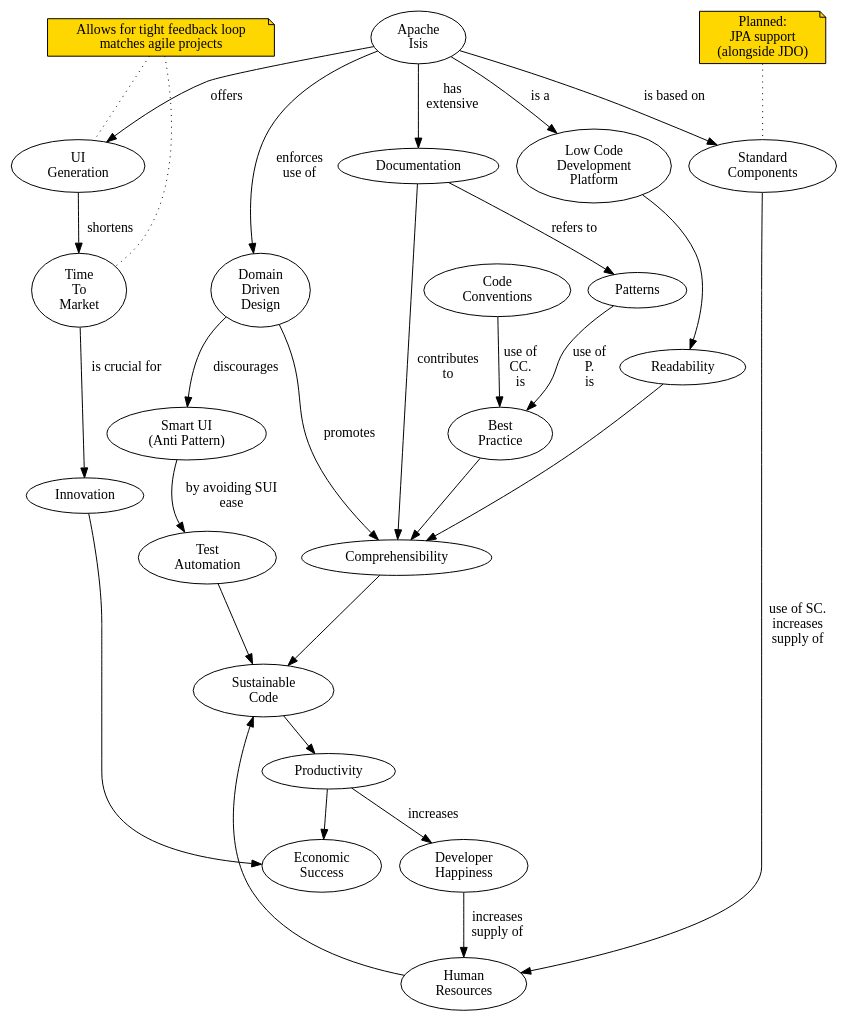
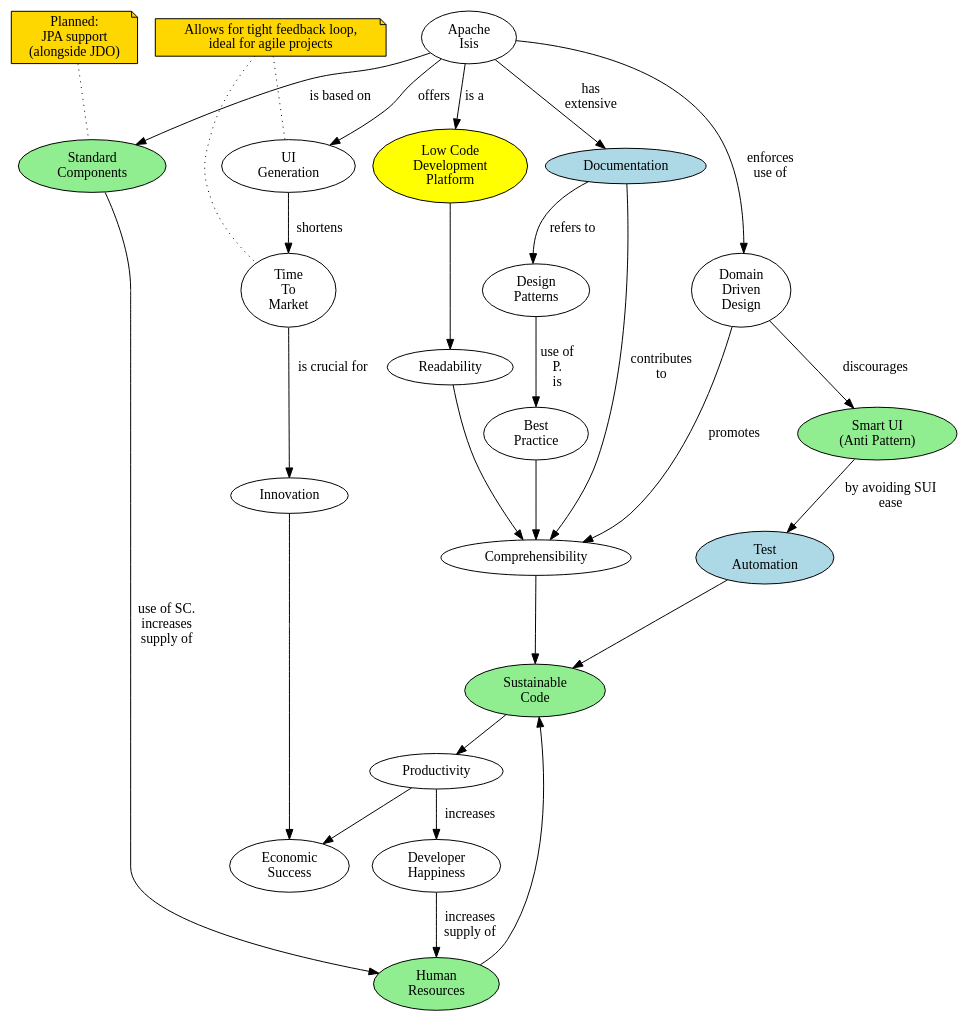
The diagram in sellingPoints.adoc (joerg-rade/dddsample-isis), drawn with Graphviz before and after one commit. The commit also changed 2 other files, not shown here.

Commit message:
now even in color

```diff
--- a/sellingPoints.adoc
+++ b/sellingPoints.adoc
@@ -2,57 +2,58 @@
 [graphviz, dot-example, svg]
 ----
 digraph g {
     r [label="Readability"]
     c [label="Comprehensibility"]
     bp [label="Best\nPractice"]
-    p [label="Patterns"]
+    p [label="Design\nPatterns"]
     p -> bp [label="use of\nP.\nis"]
-    cc [label="Code\nConventions"]
-    cc -> bp [label="use of\nCC.\nis"]
+    //cc [label="Code\nConventions"]
+    //cc -> bp [label="use of\nCC.\nis"] 
     bp -> c 
     r -> c 
-    sc [label="Sustainable\nCode"]
+    sc [label="Sustainable\nCode" style=filled fillcolor=lightgreen]
     c -> sc
-    lc [label="Low Code\nDevelopment\nPlatform"    URL="https://en.wikipedia.org/wiki/Low-code_development_platforms"]
+    lc [label="Low Code\nDevelopment\nPlatform"    URL="https://en.wikipedia.org/wiki/Low-code_development_platforms" fillcolor=yellow style=filled]
     lc -> r
     ttm [label="Time\nTo\nMarket"]
     pdc [label="Productivity"]
     uig [label="UI\nGeneration"]
     sc -> pdc 
     ai [label="Apache\nIsis"]
     ai -> lc [label="is a"]
     ai -> uig [label="offers"]
-    hr [label="Human\nResources"]
+    hr [label="Human\nResources" style=filled fillcolor=lightgreen]
     hr -> sc
     uig -> ttm [label="shortens"]
     ddd [label="Domain\nDriven\nDesign"]
     ai -> ddd [label="enforces\nuse of"]
     ddd -> c [label="promotes"]
     i [label="Innovation"]
     ttm -> i [label="is crucial for"]
     es [label="Economic\nSuccess"]
     i -> es [label=""]
     pdc -> es
-    std [label="Standard\nComponents"]
+    std [label="Standard\nComponents" style=filled fillcolor=lightgreen]
     ai -> std [label="is based on"]
     std -> hr [label="use of SC.\nincreases\nsupply of"]
     dh [label="Developer\nHappiness"]
     pdc -> dh [label="increases"]
     dh -> hr [label="increases\nsupply of"]
-    sui [label="Smart UI\n(Anti Pattern)" URL="https://de.wikipedia.org/wiki/Smart_UI"]
+    sui [label="Smart UI\n(Anti Pattern)" URL="https://de.wikipedia.org/wiki/Smart_UI" style=filled fillcolor=lightgreen]
+    
     ddd -> sui [label="discourages"]
-    ta [label="Test\nAutomation"]
+    ta [label="Test\nAutomation" style=filled fillcolor=lightblue]
     sui -> ta [label="by avoiding SUI\nease"]
     ta -> sc 
-    doc [label="Documentation"]
+    doc [label="Documentation" style=filled fillcolor=lightblue]
     ai -> doc [label="has\nextensive"]
     doc -> p [label="refers to"]
     doc -> c [label="contributes\nto"]
     edge [style=dotted arrowhead=none]
     std_note [shape=note label="Planned:\nJPA support\n(alongside JDO)" fillcolor=gold style=filled]
     std_note -> std 
-    uig_note [shape=note fillcolor=gold style=filled label="Allows for tight feedback loop\nmatches agile projects"]
+    uig_note [shape=note fillcolor=gold style=filled label="Allows for tight feedback loop,\nideal for agile projects"]
     uig_note -> uig
     uig_note -> ttm
 }
 ----
```
